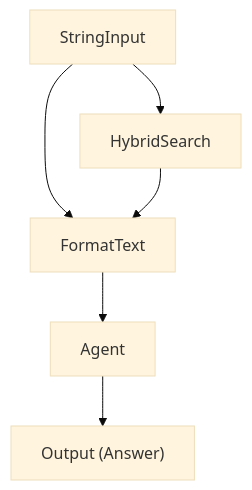
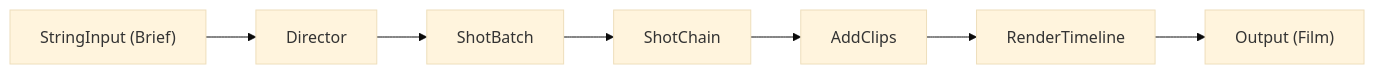
Before and after one commit to nodetool-ai/nodetool: the first of 8 diagrams in docs/cookbook/patterns.md, drawn with Mermaid (base theme). The commit also changed other lines of this file and 6 other files, not shown here.

```diff
--- a/docs/cookbook/patterns.md
+++ b/docs/cookbook/patterns.md
@@ -148,13 +23,11 @@
 {% mermaid %}
-graph TD
-  chat_input["StringInput"]
-  output["Output (Answer)"]
-  format_text["FormatText"]
-  hybrid_search["HybridSearch"]
-  agent["Agent"]
-  chat_input --> format_text
-  chat_input --> hybrid_search
-  hybrid_search --> format_text
-  format_text --> agent
-  agent --> output
+graph LR
+  brief["StringInput (Brief)"]
+  dir["Director"]
+  batch["ShotBatch"]
+  chain["ShotChain"]
+  cut["AddClips"]
+  render["RenderTimeline"]
+  out["Output (Film)"]
+  brief --> dir --> batch --> chain --> cut --> render --> out
 {% endmermaid %}
```
